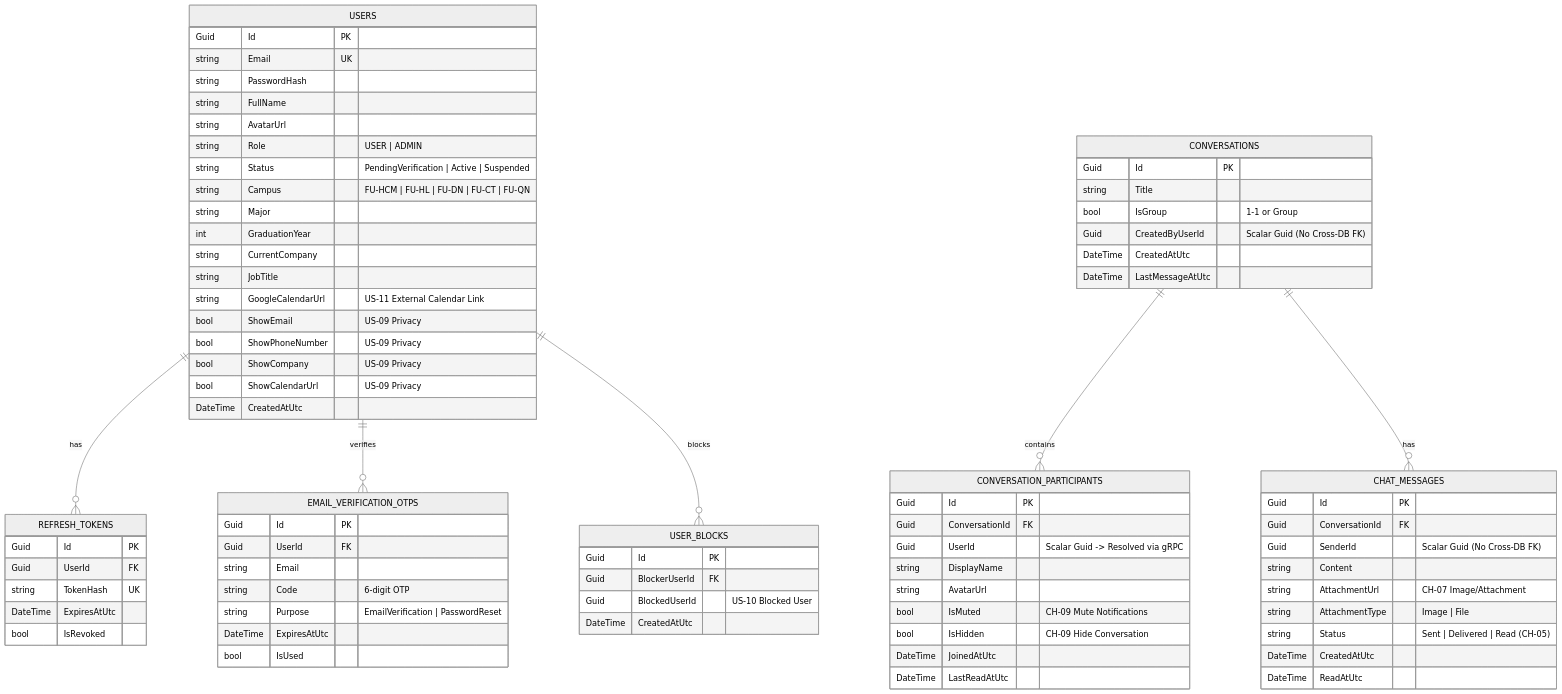
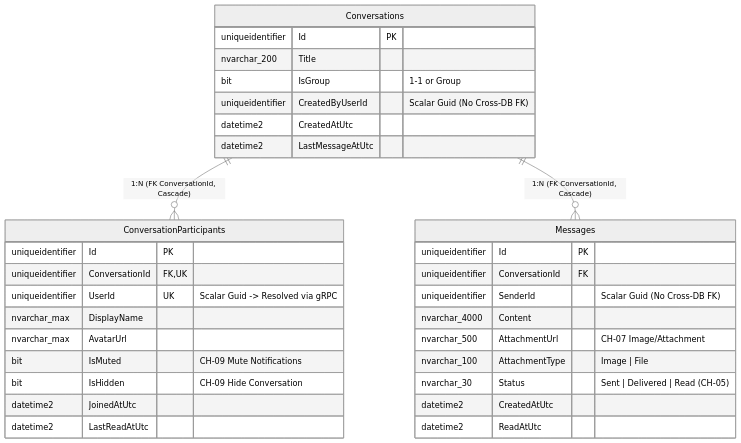
The second of 3 diagrams in docs/ARCHITECTURE.md (F-Alumni/f-alumni-chat-service), drawn with Mermaid (neutral theme) before and after one commit. The commit also changed other lines of this file and 4 other files, not shown here.

Commit message:
docs(erd): add dedicated FAlumni_Chat_Db ERD diagrams (SVG, Draw.io, Mermaid) matching EF Core schema

````diff
--- a/docs/ARCHITECTURE.md
+++ b/docs/ARCHITECTURE.md
@@ -85,88 +91,38 @@
 ```mermaid
 erDiagram
-    USERS ||--o{ REFRESH_TOKENS : "has"
-    USERS ||--o{ EMAIL_VERIFICATION_OTPS : "verifies"
-    USERS ||--o{ USER_BLOCKS : "blocks"
+    Conversations ||--o{ ConversationParticipants : "1:N (FK ConversationId, Cascade)"
+    Conversations ||--o{ Messages : "1:N (FK ConversationId, Cascade)"
 
-    USERS {
-        Guid Id PK
-        string Email UK
-        string PasswordHash
-        string FullName
-        string AvatarUrl
-        string Role "USER | ADMIN"
-        string Status "PendingVerification | Active | Suspended"
-        string Campus "FU-HCM | FU-HL | FU-DN | FU-CT | FU-QN"
-        string Major
-        int GraduationYear
-        string CurrentCompany
-        string JobTitle
-        string GoogleCalendarUrl "US-11 External Calendar Link"
-        bool ShowEmail "US-09 Privacy"
-        bool ShowPhoneNumber "US-09 Privacy"
-        bool ShowCompany "US-09 Privacy"
-        bool ShowCalendarUrl "US-09 Privacy"
-        DateTime CreatedAtUtc
+    Conversations {
+        uniqueidentifier Id PK
+        nvarchar_200 Title
+        bit IsGroup "1-1 or Group"
+        uniqueidentifier CreatedByUserId "Scalar Guid (No Cross-DB FK)"
+        datetime2 CreatedAtUtc
+        datetime2 LastMessageAtUtc
     }
 
-    REFRESH_TOKENS {
-        Guid Id PK
-        Guid UserId FK
-        string TokenHash UK
-        DateTime ExpiresAtUtc
-        bool IsRevoked
+    ConversationParticipants {
+        uniqueidentifier Id PK
+        uniqueidentifier ConversationId FK,UK
+        uniqueidentifier UserId UK "Scalar Guid -> Resolved via gRPC"
+        nvarchar_max DisplayName
+        nvarchar_max AvatarUrl
+        bit IsMuted "CH-09 Mute Notifications"
+        bit IsHidden "CH-09 Hide Conversation"
+        datetime2 JoinedAtUtc
+        datetime2 LastReadAtUtc
     }
 
-    EMAIL_VERIFICATION_OTPS {
-        Guid Id PK
-        Guid UserId FK
-        string Email
-        string Code "6-digit OTP"
-        string Purpose "EmailVerification | PasswordReset"
-        DateTime ExpiresAtUtc
-        bool IsUsed
-    }
-
-    USER_BLOCKS {
-        Guid Id PK
-        Guid BlockerUserId FK
-        Guid BlockedUserId "US-10 Blocked User"
-        DateTime CreatedAtUtc
-    }
-
-    CONVERSATIONS ||--o{ CONVERSATION_PARTICIPANTS : "contains"
-    CONVERSATIONS ||--o{ CHAT_MESSAGES : "has"
-
-    CONVERSATIONS {
-        Guid Id PK
-        string Title
-        bool IsGroup "1-1 or Group"
-        Guid CreatedByUserId "Scalar Guid (No Cross-DB FK)"
-        DateTime CreatedAtUtc
-        DateTime LastMessageAtUtc
-    }
-
-    CONVERSATION_PARTICIPANTS {
-        Guid Id PK
-        Guid ConversationId FK
-        Guid UserId "Scalar Guid -> Resolved via gRPC"
-        string DisplayName
-        string AvatarUrl
-        bool IsMuted "CH-09 Mute Notifications"
-        bool IsHidden "CH-09 Hide Conversation"
-        DateTime JoinedAtUtc
-        DateTime LastReadAtUtc
-    }
-
-    CHAT_MESSAGES {
-        Guid Id PK
-        Guid ConversationId FK
-        Guid SenderId "Scalar Guid (No Cross-DB FK)"
-        string Content
-        string AttachmentUrl "CH-07 Image/Attachment"
-        string AttachmentType "Image | File"
-        string Status "Sent | Delivered | Read (CH-05)"
-        DateTime CreatedAtUtc
-        DateTime ReadAtUtc
+    Messages {
+        uniqueidentifier Id PK
+        uniqueidentifier ConversationId FK
+        uniqueidentifier SenderId "Scalar Guid (No Cross-DB FK)"
+        nvarchar_4000 Content
+        nvarchar_500 AttachmentUrl "CH-07 Image/Attachment"
+        nvarchar_100 AttachmentType "Image | File"
+        nvarchar_30 Status "Sent | Delivered | Read (CH-05)"
+        datetime2 CreatedAtUtc
+        datetime2 ReadAtUtc
     }
 ```
````
